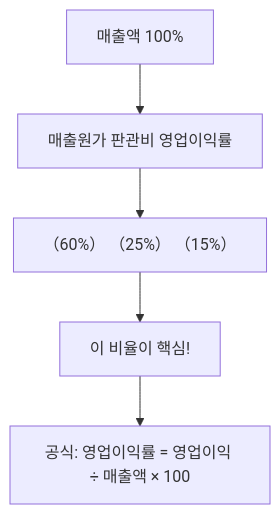
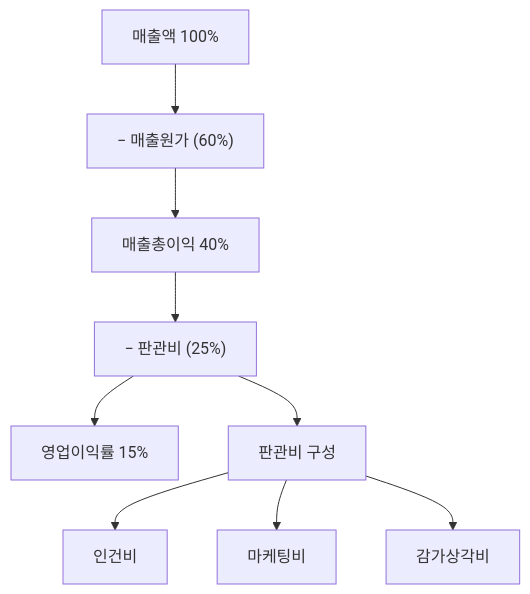
Before and after one commit to yeongseon/stock-visual-note: the diagram in content/stock-terms/ko/level-04-ratios/operating-margin.md, drawn with Mermaid. The commit also changed other lines of this file and 96 other files, not shown here.

Commit message:
Rewrite all 98 remaining articles: branching Mermaid diagrams, natural search_intent, compelling seo_titles, clean descriptions

````diff
--- a/content/stock-terms/ko/level-04-ratios/operating-margin.md
+++ b/content/stock-terms/ko/level-04-ratios/operating-margin.md
@@ -39,12 +39,12 @@
 ```mermaid
 graph TD
-    N0["매출액 100%"]
-    N1["매출원가 판관비 영업이익률"]
-    N2["（60%） （25%） （15%）"]
-    N3["이 비율이 핵심!"]
-    N4["공식: 영업이익률 = 영업이익 ÷ 매출액 × 100"]
-    N0 --> N1
-    N1 --> N2
-    N2 --> N3
-    N3 --> N4
+    A["매출액 100%"]
+    A --> B["− 매출원가 (60%)"]
+    B --> C["매출총이익 40%"]
+    C --> D["− 판관비 (25%)"]
+    D --> E["영업이익률 15%"]
+    D --> F["판관비 구성"]
+    F --> G["인건비"]
+    F --> H["마케팅비"]
+    F --> I["감가상각비"]
 ```
````
